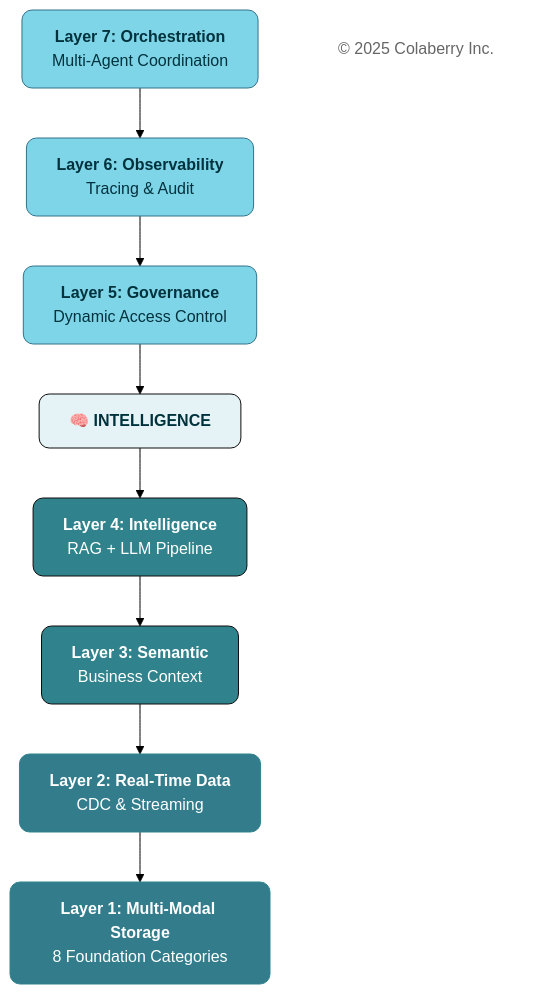
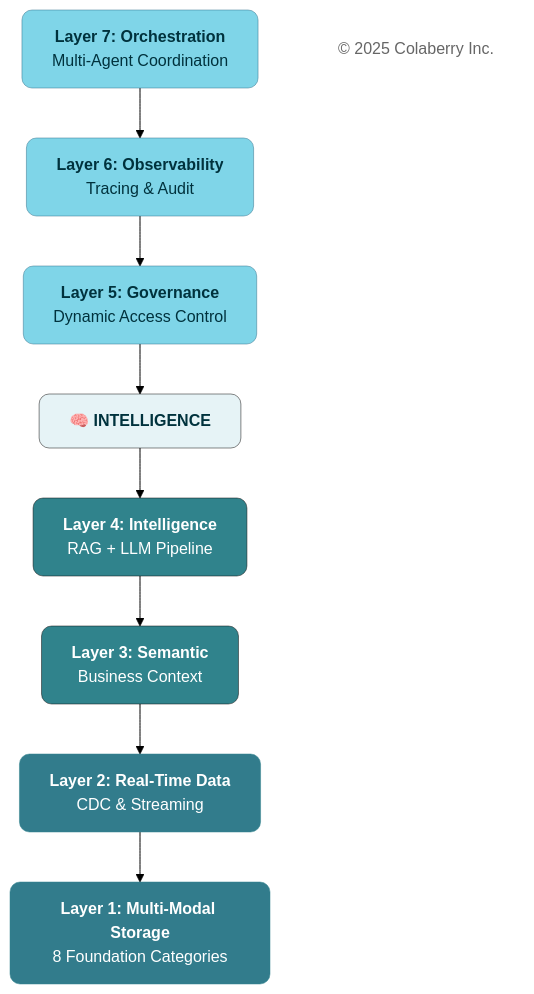
Before and after one commit to saitejesh-cyber/trust-before-intelligence-book: the third of 13 diagrams in manuscript/06_chapter_5_intelligence_layers.md, drawn with Mermaid (forest theme). The commit also changed other lines of this file and 12 other files, not shown here.

Commit message:
Update stroke width to 0.5px instead of 1px to all the diagrams

````diff
--- a/manuscript/06_chapter_5_intelligence_layers.md
+++ b/manuscript/06_chapter_5_intelligence_layers.md
@@ -109,32 +109,32 @@
 ```mermaid
 graph TB
     %% Layers
     L7["<b>Layer 7: Orchestration</b><br/>Multi-Agent Coordination"]
     L6["<b>Layer 6: Observability</b><br/>Tracing & Audit"]
     L5["<b>Layer 5: Governance</b><br/>Dynamic Access Control"]
 
     %% Fake container node (INTELLIGENCE)
     INTEL_BG["<b>🧠 INTELLIGENCE</b>"]
 
     L4["<b>Layer 4: Intelligence</b><br/>RAG + LLM Pipeline"]
     L3["<b>Layer 3: Semantic</b><br/>Business Context"]
 
     L2["<b>Layer 2: Real-Time Data</b><br/>CDC & Streaming"]
     L1["<b>Layer 1: Multi-Modal Storage</b><br/>8 Foundation Categories"]
 
     Copyright["© 2025 Colaberry Inc."]
 
     %% FlowÏÍ
     L7 --> L6 --> L5 --> INTEL_BG
     INTEL_BG --> L4 --> L3 --> L2 --> L1
 
-    style L7 fill:#7FD5E8,stroke:#32738C,stroke-width:1px,color:#00323D,rx:10,ry:10
-    style L6 fill:#7FD5E8,stroke:#32738C,stroke-width:1px,color:#00323D,rx:10,ry:10
-    style L5 fill:#7FD5E8,stroke:#32738C,stroke-width:1px,color:#00323D,rx:10,ry:10
-    style INTEL_BG fill:#E6F3F6,stroke:#0D0D0D,stroke-width:1px,color:#00323D,rx:10,ry:10
-    style L4 fill:#30838C,stroke:#0D0D0D,stroke-width:1px,color:#ffffff,rx:10,ry:10
-    style L3 fill:#30838C,stroke:#0D0D0D,stroke-width:1px,color:#ffffff,rx:10,ry:10
-    style L2 fill:#327C8C,stroke:#30838C,stroke-width:1px,color:#ffffff,rx:10,ry:10
-    style L1 fill:#327C8C,stroke:#30838C,stroke-width:1px,color:#ffffff,rx:10,ry:10
+    style L7 fill:#7FD5E8,stroke:#32738C,stroke-width:0.5px,color:#00323D,rx:10,ry:10
+    style L6 fill:#7FD5E8,stroke:#32738C,stroke-width:0.5px,color:#00323D,rx:10,ry:10
+    style L5 fill:#7FD5E8,stroke:#32738C,stroke-width:0.5px,color:#00323D,rx:10,ry:10
+    style INTEL_BG fill:#E6F3F6,stroke:#0D0D0D,stroke-width:0.5px,color:#00323D,rx:10,ry:10
+    style L4 fill:#30838C,stroke:#0D0D0D,stroke-width:0.5px,color:#ffffff,rx:10,ry:10
+    style L3 fill:#30838C,stroke:#0D0D0D,stroke-width:0.5px,color:#ffffff,rx:10,ry:10
+    style L2 fill:#327C8C,stroke:#30838C,stroke-width:0.5px,color:#ffffff,rx:10,ry:10
+    style L1 fill:#327C8C,stroke:#30838C,stroke-width:0.5px,color:#ffffff,rx:10,ry:10
     style Copyright fill:none,stroke:none,color:#666666
 ```
````
